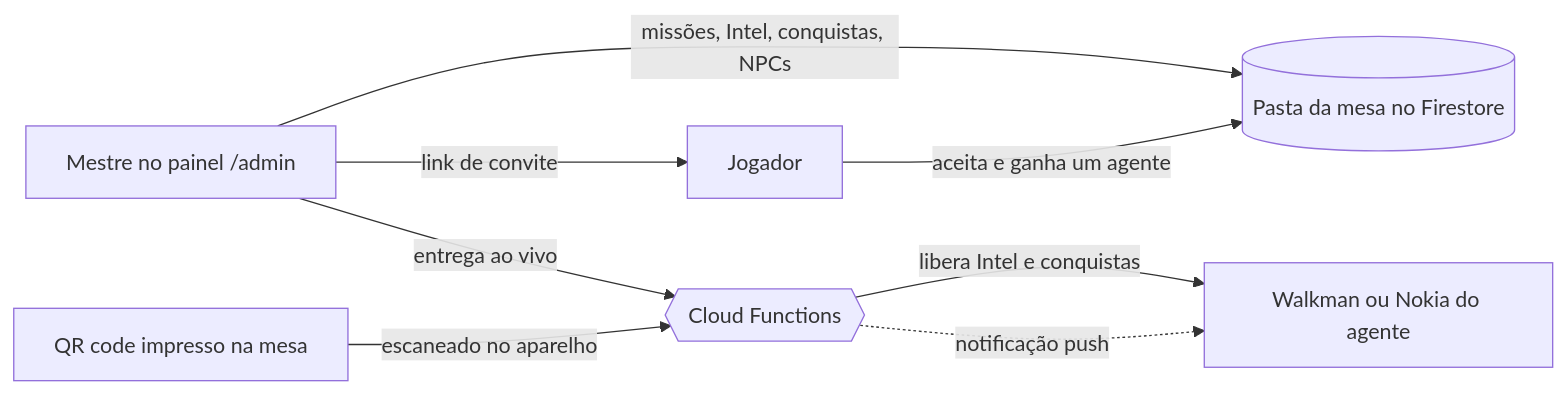
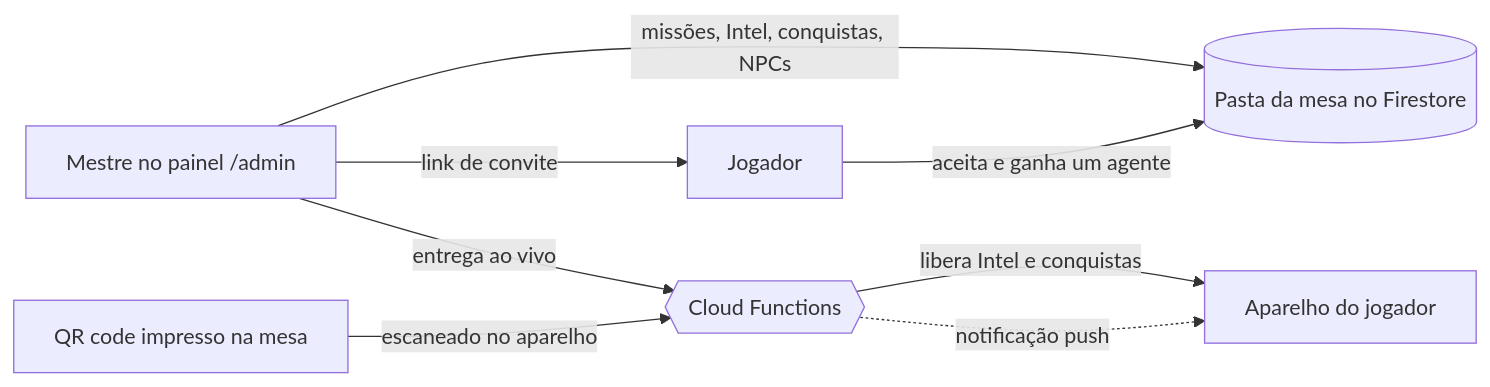
One commit to GoobinEXE/LimboOS changed the diagram in README.md. Above: the diagram before and after it, drawn with Mermaid. The commit also changed other lines of this file and 11 other files, not shown here.

````diff
--- a/README.md
+++ b/README.md
@@ -60,10 +39,10 @@
 ```mermaid
 flowchart LR
   M["Mestre no painel /admin"] -->|"missões, Intel, conquistas, NPCs"| W[("Pasta da mesa no Firestore")]
   M -->|"link de convite"| J["Jogador"]
   J -->|"aceita e ganha um agente"| W
   M -->|"entrega ao vivo"| F{{"Cloud Functions"}}
   Q["QR code impresso na mesa"] -->|"escaneado no aparelho"| F
-  F -->|"libera Intel e conquistas"| A["Walkman ou Nokia do agente"]
+  F -->|"libera Intel e conquistas"| A["Aparelho do jogador"]
   F -.->|"notificação push"| A
 ```
````
